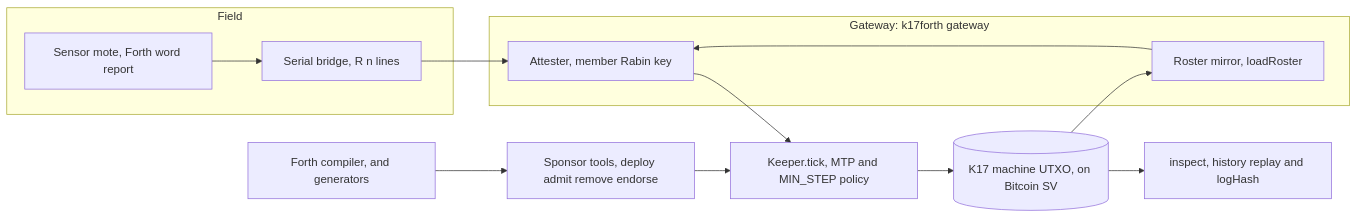
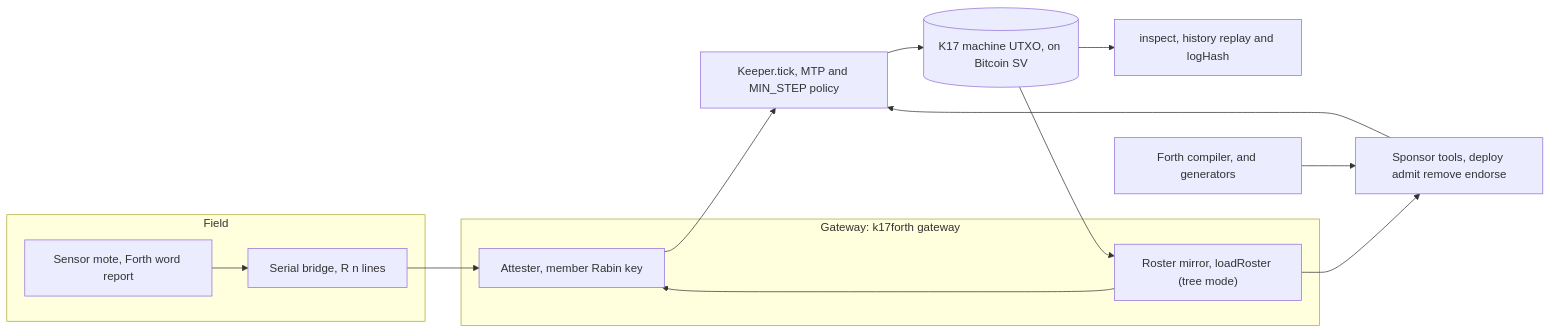
The first of 5 diagrams in docs/ARCHITECTURE.md (Bittoku/k17-dc4cd), drawn with Mermaid before and after one commit. The commit also changed other lines of this file and 4 other files, not shown here.

Commit message:
docs: architecture fact-check corrections; stale sizes and roster notes

````diff
--- a/docs/ARCHITECTURE.md
+++ b/docs/ARCHITECTURE.md
@@ -21,24 +21,25 @@
 ```mermaid
 flowchart LR
     subgraph Field["Field"]
         Mote["Sensor mote, Forth word report"]
         Bridge["Serial bridge, R n lines"]
     end
     subgraph GW["Gateway: k17forth gateway"]
         Attester["Attester, member Rabin key"]
-        Mirror["Roster mirror, loadRoster"]
+        Mirror["Roster mirror, loadRoster (tree mode)"]
     end
     Keeper["Keeper.tick, MTP and MIN_STEP policy"]
     Machine[("K17 machine UTXO, on Bitcoin SV")]
     Sponsor["Sponsor tools, deploy admit remove endorse"]
     Inspect["inspect, history replay and logHash"]
     Compiler["Forth compiler, and generators"]
 
     Mote --> Bridge --> Attester
     Mirror --> Attester
     Attester --> Keeper --> Machine
     Sponsor --> Keeper
     Compiler --> Sponsor
     Machine --> Mirror
+    Mirror --> Sponsor
     Machine --> Inspect
 ```
````
